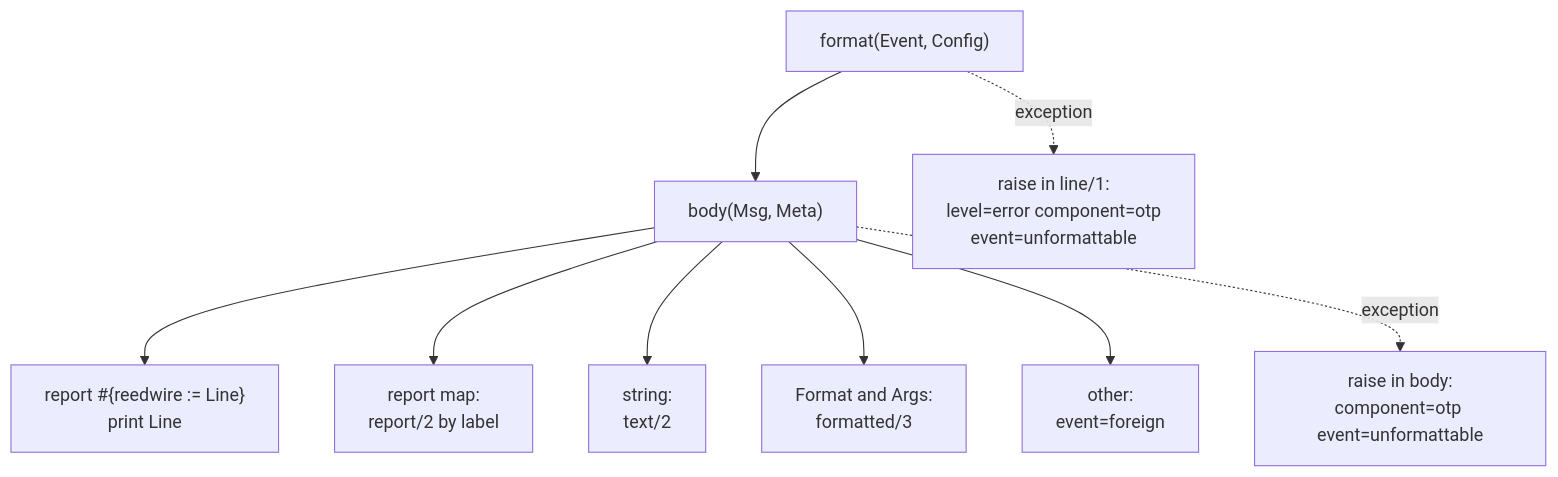
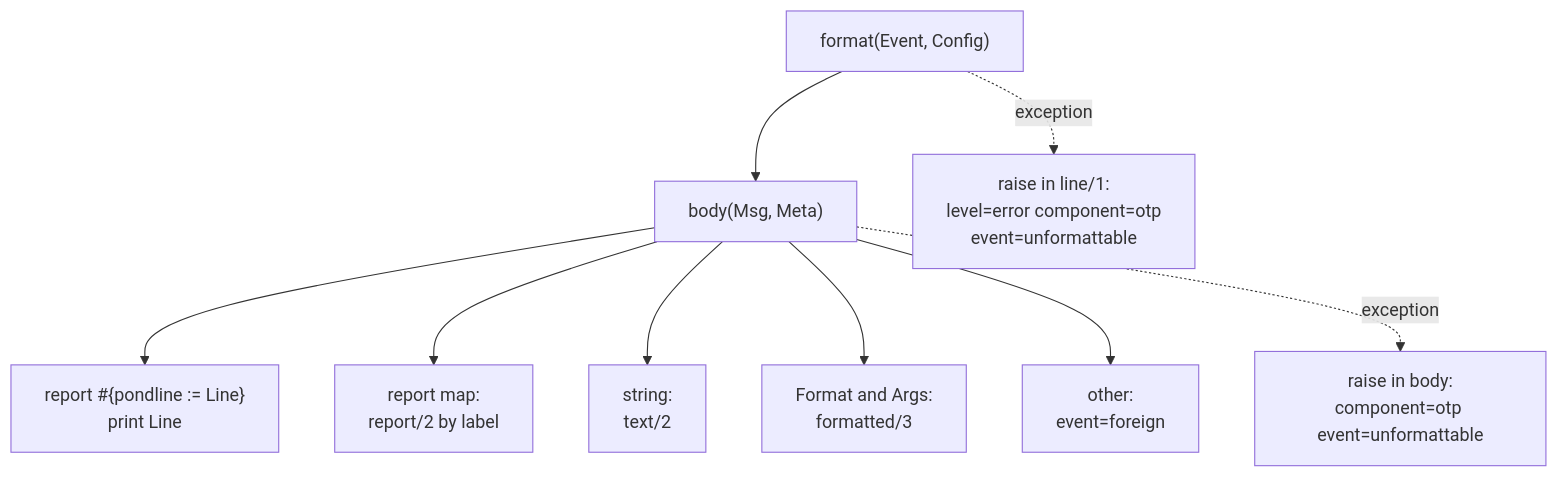
Before and after one commit to Roasbeef/pondline: the fourth of 4 diagrams in packages/telemetry/README.md, drawn with Mermaid. The commit also changed other lines of this file and 44 other files, not shown here.

````diff
--- a/packages/telemetry/README.md
+++ b/packages/telemetry/README.md
@@ -136,21 +136,21 @@
 ```mermaid
 flowchart TB
     ev["format(Event, Config)"]
     body["body(Msg, Meta)"]
-    ours["report #{reedwire := Line}<br/>print Line"]
+    ours["report #{pondline := Line}<br/>print Line"]
     rep["report map:<br/>report/2 by label"]
     txt["string:<br/>text/2"]
     fmt["Format and Args:<br/>formatted/3"]
     other["other:<br/>event=foreign"]
     fixed["raise in body:<br/>component=otp event=unformattable"]
     top["raise in line/1:<br/>level=error component=otp<br/>event=unformattable"]
 
     ev --> body
     body --> ours
     body --> rep
     body --> txt
     body --> fmt
     body --> other
     body -. "exception" .-> fixed
     ev -. "exception" .-> top
 ```
````
